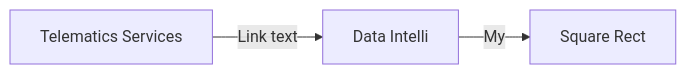
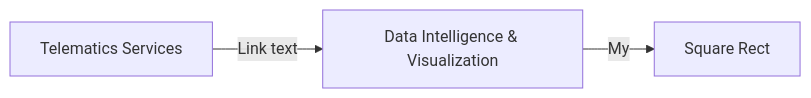
The diagram in README.md (ParisaMousavi/AutomotiveFunctionalSafetyCompliance), drawn with Mermaid before and after one commit. The commit also changed other lines of this file, not shown here.

````diff
--- a/README.md
+++ b/README.md
@@ -4,5 +4,5 @@
 ```mermaid
 graph LR
-A[Telematics Services] -- Link text --> B[Data Intelli]
+A[Telematics Services] -- Link text --> B[Data Intelligence & Visualization]
 B -- My --> C[Square Rect]
 ```
````
